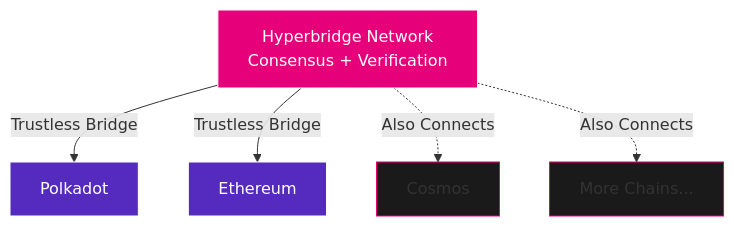
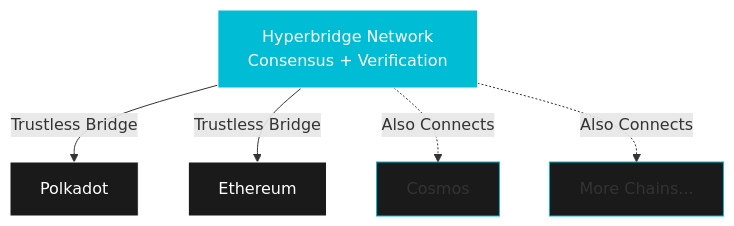
Before and after one commit to openguild-labs/polkadot-codecamp: the sixth of 6 diagrams in slides/cross-chain-defi-primitives.md, drawn with Mermaid. The commit also changed other lines of this file and 6 other files, not shown here.

````diff
--- a/slides/cross-chain-defi-primitives.md
+++ b/slides/cross-chain-defi-primitives.md
@@ -455,15 +455,15 @@
 ```mermaid
 graph TB
     HB[Hyperbridge Network<br/>Consensus + Verification]
 
     HB -->|Trustless Bridge| POL[Polkadot]
     HB -->|Trustless Bridge| ETH[Ethereum]
     HB -.->|Also Connects| COS[Cosmos]
     HB -.->|Also Connects| MORE[More Chains...]
 
-    style HB fill:#E6007A,stroke:#fff,color:#fff
-    style POL fill:#552BBF,stroke:#fff,color:#fff
-    style ETH fill:#552BBF,stroke:#fff,color:#fff
-    style COS fill:#1a1a1a,stroke:#E6007A
-    style MORE fill:#1a1a1a,stroke:#E6007A
+    style HB fill:#00BCD4,stroke:#fff,color:#fff
+    style POL fill:#1a1a1a,stroke:#fff,color:#fff
+    style ETH fill:#1a1a1a,stroke:#fff,color:#fff
+    style COS fill:#1a1a1a,stroke:#00BCD4
+    style MORE fill:#1a1a1a,stroke:#00BCD4
 ```
````
